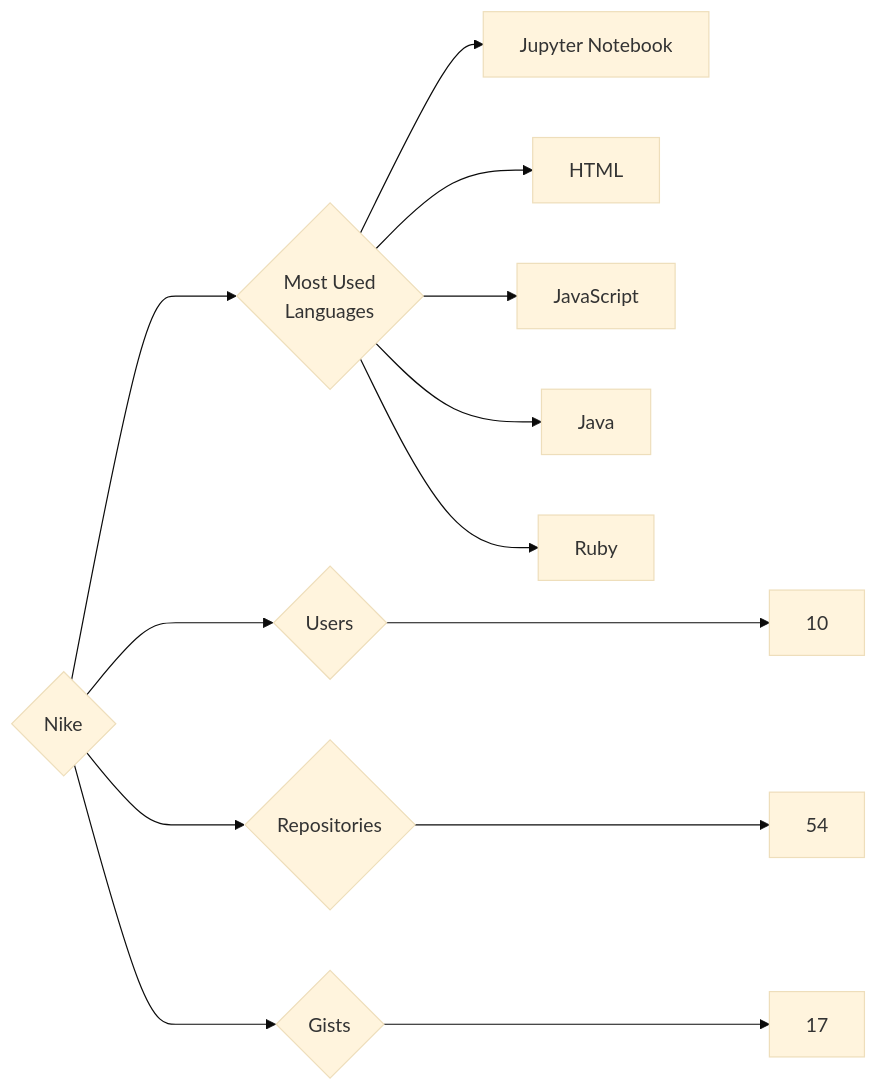
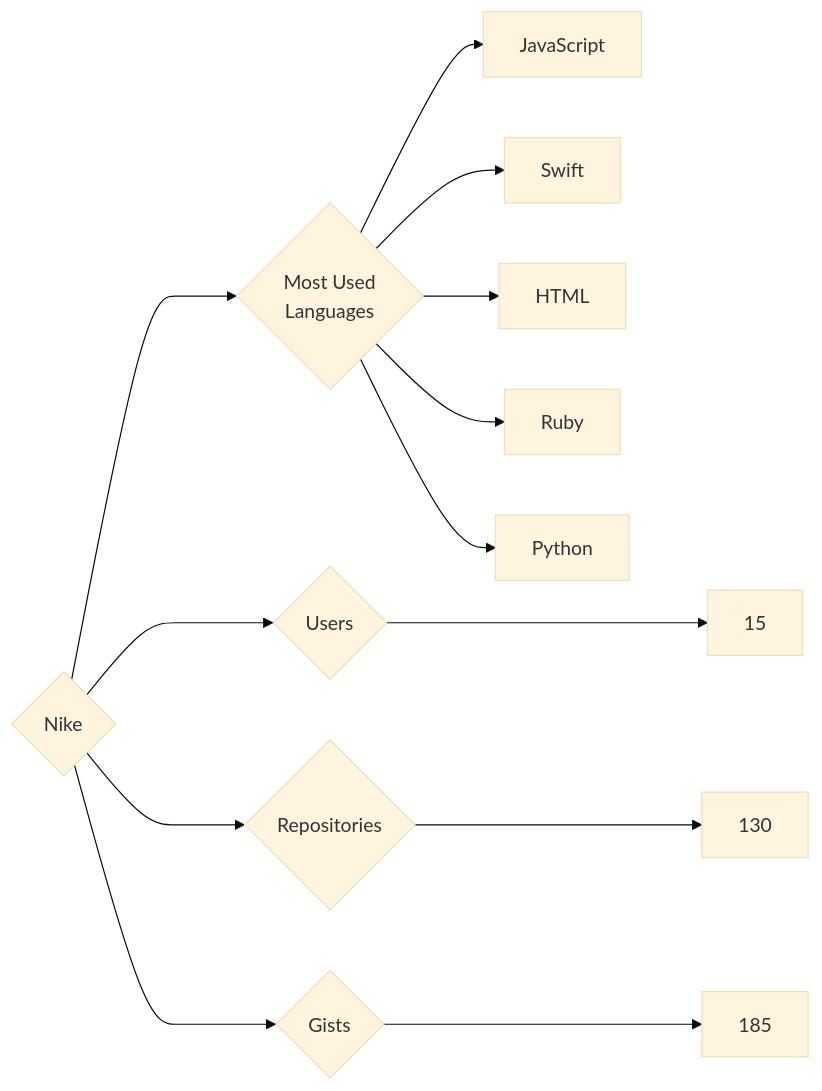
One commit to trickest/insiders changed the diagram in targets/Nike/README.md. Above: the diagram before and after it, drawn with Mermaid (base theme). The commit also changed 928 other files, not shown here.

````diff
--- a/targets/Nike/README.md
+++ b/targets/Nike/README.md
@@ -3,13 +3,13 @@
 ```mermaid
 graph LR
 COMPANY_NAME{Nike}
-COMPANY_NAME ---> U{Users} ---> UN[10]
-COMPANY_NAME ---> R{Repositories} ---> RN[54]
-COMPANY_NAME ---> G{Gists} ---> GN[17]
+COMPANY_NAME ---> U{Users} ---> UN[15]
+COMPANY_NAME ---> R{Repositories} ---> RN[130]
+COMPANY_NAME ---> G{Gists} ---> GN[185]
 COMPANY_NAME ---> ML{Most Used<br>Languages}
-ML --> Jupyter_Notebook[Jupyter Notebook]
+ML --> JavaScript[JavaScript]
+ML --> Swift[Swift]
 ML --> HTML[HTML]
-ML --> JavaScript[JavaScript]
-ML --> Java[Java]
 ML --> Ruby[Ruby]
+ML --> Python[Python]
 ```
````
